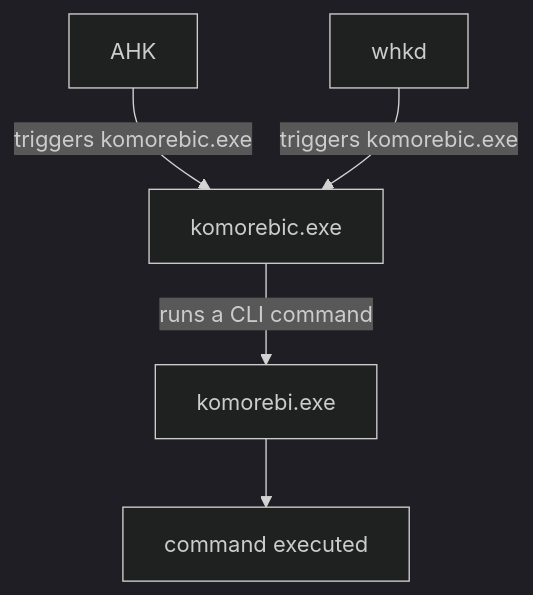
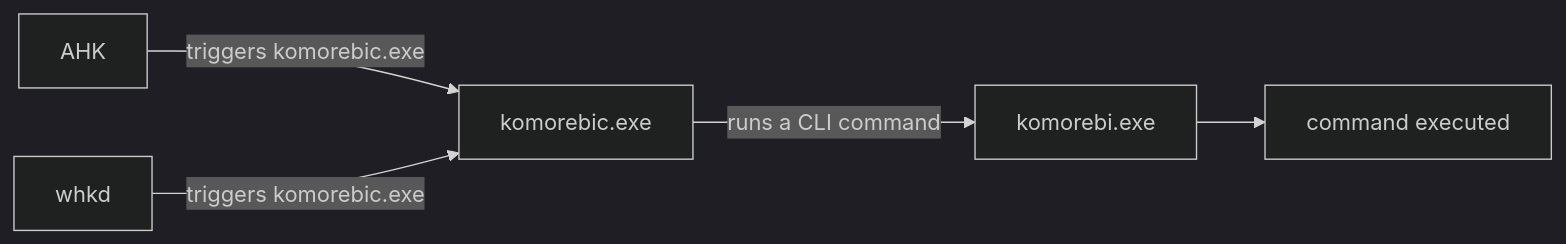
The first of 2 diagrams in docs/common-workflows/komorebic-service.md (LGUG2Z/komorebi), drawn with Mermaid (dark theme) before and after one commit. The commit also changed other lines of this file, not shown here.

````diff
--- a/docs/common-workflows/komorebic-service.md
+++ b/docs/common-workflows/komorebic-service.md
@@ -33,12 +33,12 @@
 ```mermaid
-flowchart TD
+flowchart LR
 
 ahk[AHK]
 whkd[whkd]
 
 komorebic[komorebic.exe]
 komorebi[komorebi.exe]
 f[command executed]
 
 ahk & whkd --triggers komorebic.exe--> komorebic --runs a CLI command--> komorebi --> f
 ```
````
